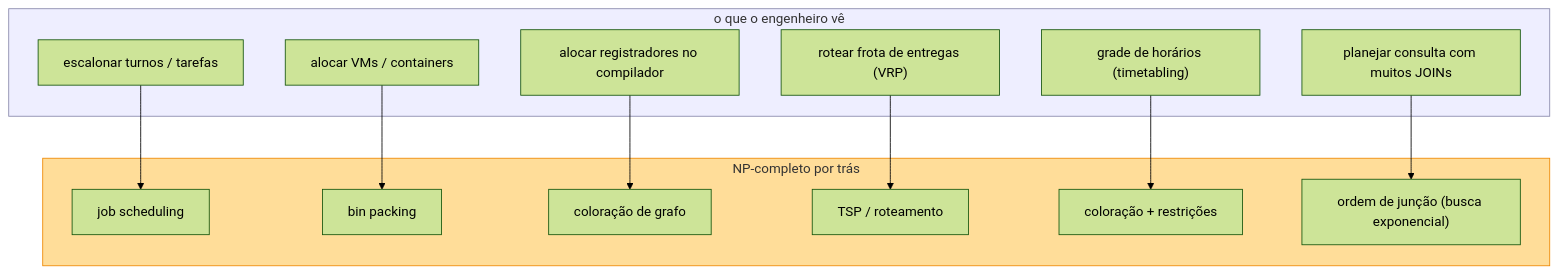
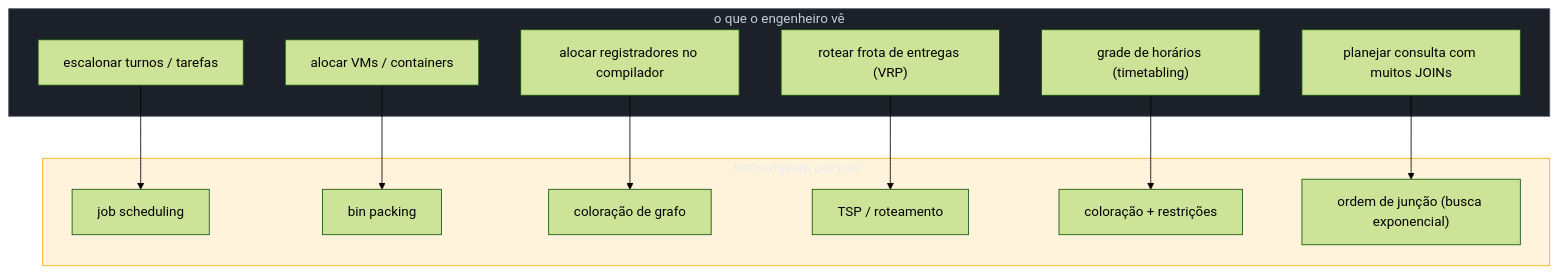
Before and after one commit to josenaldo/codex-technomanticus: the second of 5 diagrams in 03-Dominios/Ciência/Algoritmos/13 - Intratabilidade.md, drawn with Mermaid (forest theme). The commit also changed other lines of this file and 1181 other files, not shown here.

First line of the commit message:
fix(diagramas): paleta do sistema no lugar de cor cravada no markdown

````diff
--- a/03-Dominios/Ciência/Algoritmos/13 - Intratabilidade.md
+++ b/03-Dominios/Ciência/Algoritmos/13 - Intratabilidade.md
@@ -86,28 +88,30 @@
 ```mermaid
 flowchart TD
+    classDef neutro fill:#1B2029,stroke:#4E5666,color:#C6CCD8
+    classDef destaque fill:#FFAA0024,stroke:#FFAA00,color:#E9ECF2
     subgraph REAL["o que o engenheiro vê"]
         S1["escalonar turnos / tarefas"]
         S2["alocar VMs / containers"]
         S3["alocar registradores no compilador"]
         S4["rotear frota de entregas (VRP)"]
         S5["grade de horários (timetabling)"]
         S6["planejar consulta com muitos JOINs"]
     end
     subgraph CORE["NP-completo por trás"]
         C1["job scheduling"]
         C2["bin packing"]
         C3["coloração de grafo"]
         C4["TSP / roteamento"]
         C5["coloração + restrições"]
         C6["ordem de junção (busca exponencial)"]
     end
     S1 --> C1
     S2 --> C2
     S3 --> C3
     S4 --> C4
     S5 --> C5
     S6 --> C6
 
-    style REAL fill:#eef,stroke:#88a
-    style CORE fill:#fd9,stroke:#e80
+    class REAL neutro
+    class CORE destaque
 ```
````
